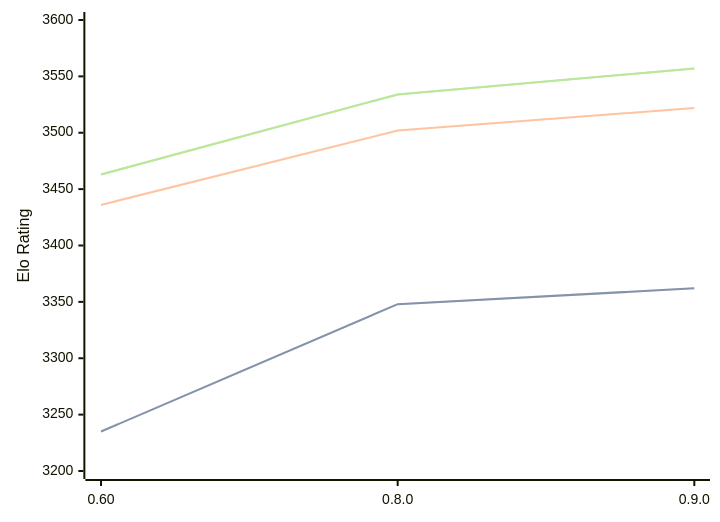
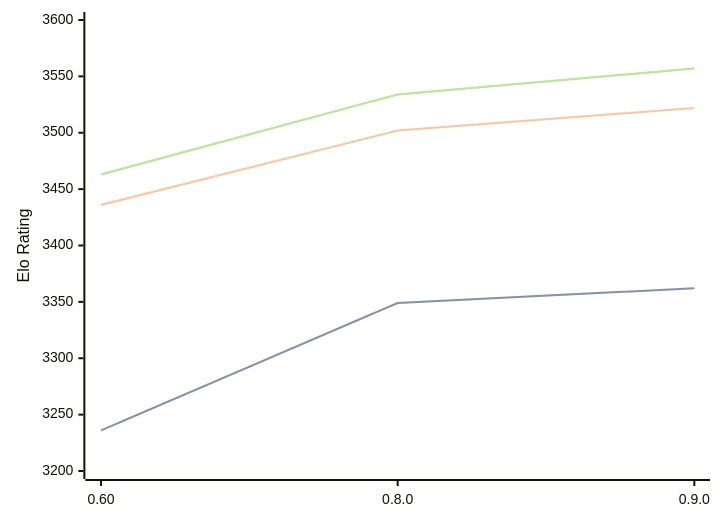
Before and after one commit to computer-chess-index/cci: the diagram in engines/Motor.md, drawn with Mermaid. The commit also changed other lines of this file, not shown here.

````diff
--- a/engines/Motor.md
+++ b/engines/Motor.md
@@ -39,11 +39,11 @@
 ```mermaid
 %%{init: {"theme":"base","themeVariables":{"seriesColors:['#a3a3a3','#222221','#faa371']}}}%%
 xychart-beta
   x-axis ["0.60", "0.8.0", "0.9.0"]
   y-axis "Elo Rating" 3200 --> 3600
-  line "STC (8.0+0.08s)" [3235, 3348, 3362]
-  line "STC (8.0+0.08s)" [3235, 3348, 3362]
+  line "STC (8.0+0.08s)" [3236, 3349, 3362]
+  line "STC (8.0+0.08s)" [3236, 3349, 3362]
   line "LTC (60.0+0.60s)" [3436, 3502, 3522]
   line "VLTC (2m24s+1.12s)" [3463, 3534, 3557]
   line "VLTC (2m24s+1.12s)" [3463, 3534, 3557]
 ```
````
